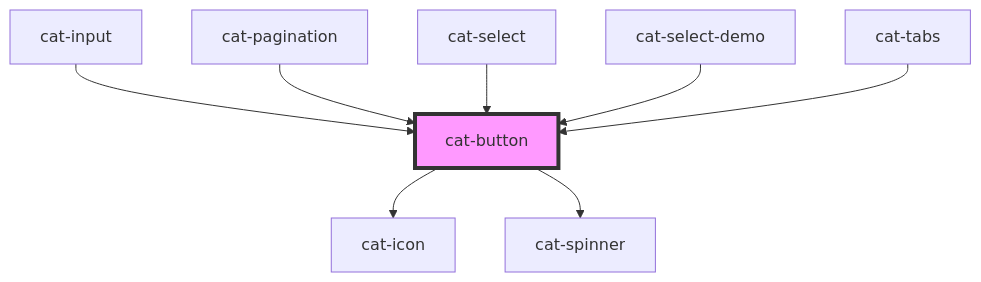
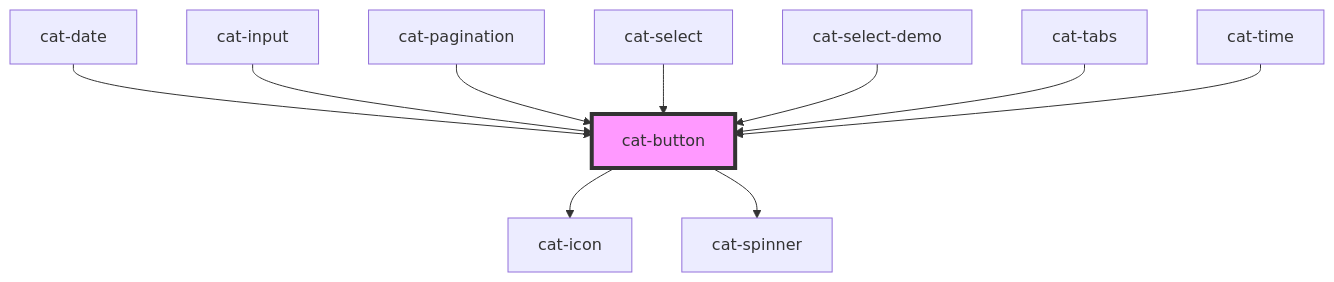
Before and after one commit to haiilo/catalyst: the diagram in core/src/components/cat-button/readme.md, drawn with Mermaid. The commit also changed other lines of this file and 61 other files, not shown here.

Commit message:
feat(core): add new cat-date picker and cat-time picker (#486)

````diff
--- a/core/src/components/cat-button/readme.md
+++ b/core/src/components/cat-button/readme.md
@@ -115,11 +117,13 @@
 ```mermaid
 graph TD;
   cat-button --> cat-icon
   cat-button --> cat-spinner
+  cat-date --> cat-button
   cat-input --> cat-button
   cat-pagination --> cat-button
   cat-select --> cat-button
   cat-select-demo --> cat-button
   cat-tabs --> cat-button
+  cat-time --> cat-button
   style cat-button fill:#f9f,stroke:#333,stroke-width:4px
 ```
````
